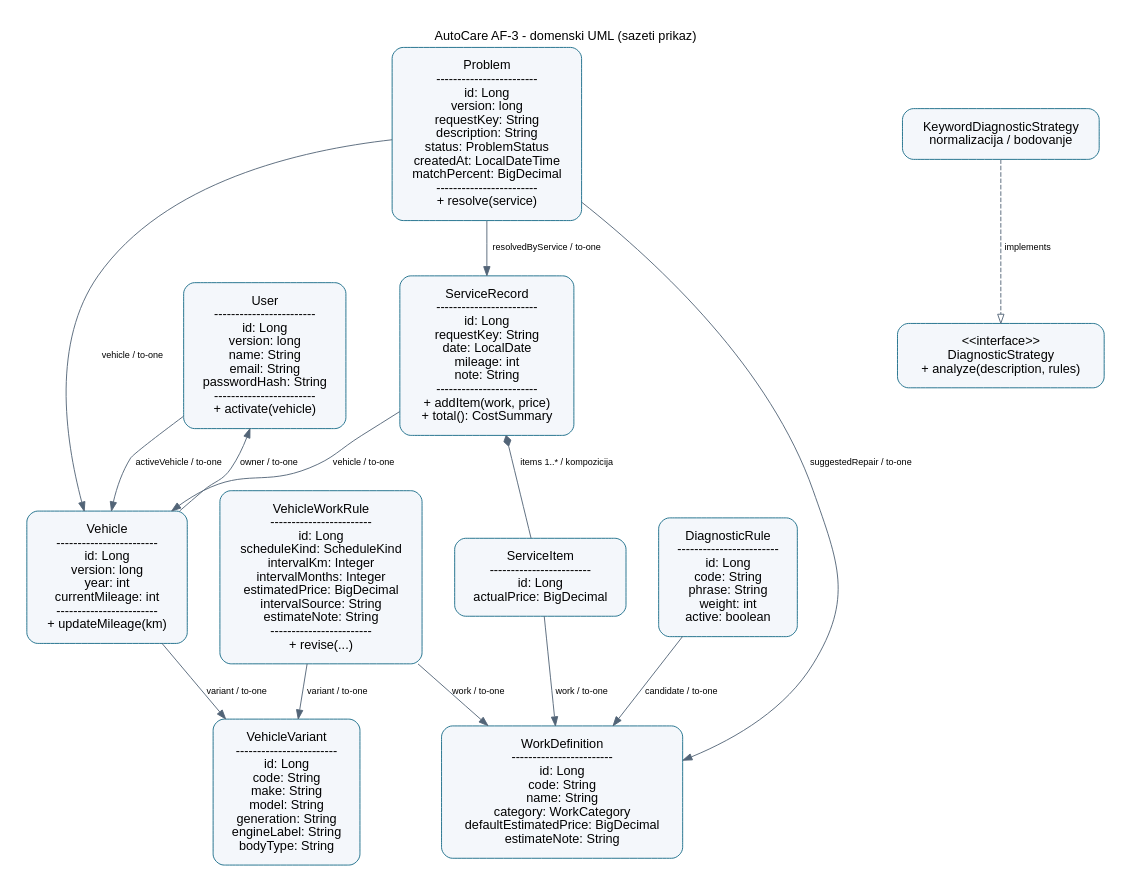
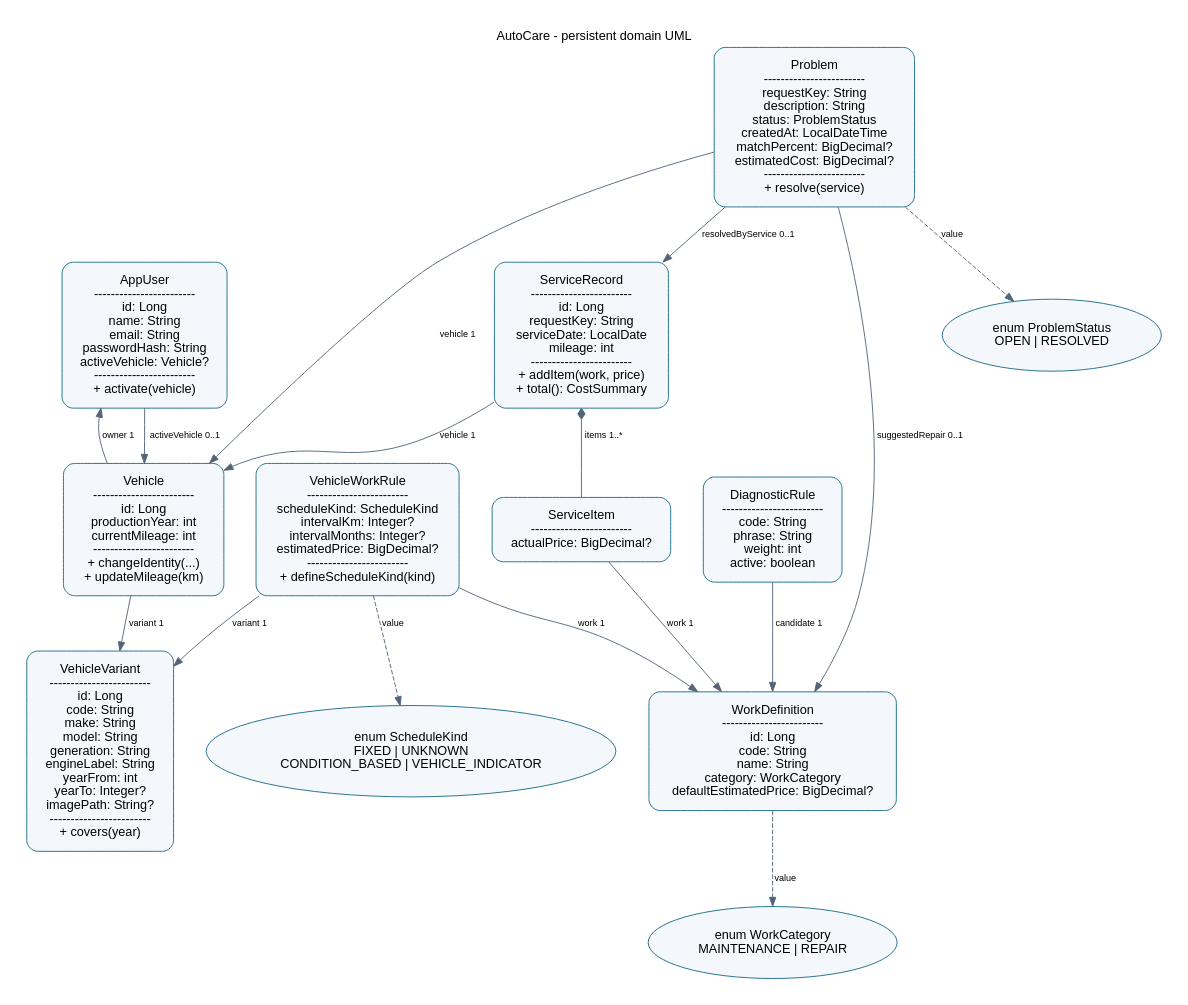
The diagram in docs/domain.dot (KarloLerga/AutoCare), drawn with Graphviz before and after one commit. The commit also changed 39 other files, not shown here.

```diff
--- a/docs/domain.dot
+++ b/docs/domain.dot
@@ -1,30 +1,50 @@
-digraph G { graph [rankdir=TB, bgcolor="white", pad="0.3", nodesep="0.5", ranksep="0.7", fontname="Helvetica"]; node [fontname="Helvetica", shape=box, style="rounded,filled", fillcolor="#F4F7FB", color="#176B87", margin="0.18"]; edge [fontname="Helvetica", fontsize=10, color="#526477"];
-label="AutoCare AF-3 - domenski UML (sazeti prikaz)"; labelloc=t;
-User [label="User\n------------------------\nid: Long\nversion: long\nname: String\nemail: String\npasswordHash: String\n------------------------\n+ activate(vehicle)"];
-User -> Vehicle [label="activeVehicle / to-one"];
-VehicleVariant [label="VehicleVariant\n------------------------\nid: Long\ncode: String\nmake: String\nmodel: String\ngeneration: String\nengineLabel: String\nbodyType: String"];
-Vehicle [label="Vehicle\n------------------------\nid: Long\nversion: long\nyear: int\ncurrentMileage: int\n------------------------\n+ updateMileage(km)"];
-Vehicle -> User [label="owner / to-one"];
-Vehicle -> VehicleVariant [label="variant / to-one"];
-WorkDefinition [label="WorkDefinition\n------------------------\nid: Long\ncode: String\nname: String\ncategory: WorkCategory\ndefaultEstimatedPrice: BigDecimal\nestimateNote: String"];
-VehicleWorkRule [label="VehicleWorkRule\n------------------------\nid: Long\nscheduleKind: ScheduleKind\nintervalKm: Integer\nintervalMonths: Integer\nestimatedPrice: BigDecimal\nintervalSource: String\nestimateNote: String\n------------------------\n+ revise(...)"];
-VehicleWorkRule -> VehicleVariant [label="variant / to-one"];
-VehicleWorkRule -> WorkDefinition [label="work / to-one"];
-ServiceRecord [label="ServiceRecord\n------------------------\nid: Long\nrequestKey: String\ndate: LocalDate\nmileage: int\nnote: String\n------------------------\n+ addItem(work, price)\n+ total(): CostSummary"];
-ServiceRecord -> Vehicle [label="vehicle / to-one"];
-ServiceItem [label="ServiceItem\n------------------------\nid: Long\nactualPrice: BigDecimal"];
-ServiceItem -> WorkDefinition [label="work / to-one"];
-Problem [label="Problem\n------------------------\nid: Long\nversion: long\nrequestKey: String\ndescription: String\nstatus: ProblemStatus\ncreatedAt: LocalDateTime\nmatchPercent: BigDecimal\n------------------------\n+ resolve(service)"];
-Problem -> Vehicle [label="vehicle / to-one"];
-Problem -> WorkDefinition [label="suggestedRepair / to-one"];
-Problem -> ServiceRecord [label="resolvedByService / to-one"];
-DiagnosticRule [label="DiagnosticRule\n------------------------\nid: Long\ncode: String\nphrase: String\nweight: int\nactive: boolean"];
-DiagnosticRule -> WorkDefinition [label="candidate / to-one"];
-ServiceRecord -> ServiceItem [dir=both,arrowtail=diamond,arrowhead=none,label="items 1..* / kompozicija"];
-DiagnosticStrategy [label="<<interface>>
-DiagnosticStrategy
-+ analyze(description, rules)"];
-KeywordDiagnosticStrategy [label="KeywordDiagnosticStrategy
-normalizacija / bodovanje"];
-KeywordDiagnosticStrategy -> DiagnosticStrategy [style=dashed,arrowhead=empty,label="implements"];
+digraph AutoCareDomain {
+    graph [
+        rankdir=TB,
+        bgcolor="white",
+        pad="0.3",
+        nodesep="0.5",
+        ranksep="0.7",
+        fontname="Helvetica",
+        label="AutoCare - persistent domain UML",
+        labelloc=t
+    ];
+    node [
+        fontname="Helvetica",
+        shape=box,
+        style="rounded,filled",
+        fillcolor="#F4F7FB",
+        color="#176B87",
+        margin="0.18"
+    ];
+    edge [fontname="Helvetica", fontsize=10, color="#526477"];
+
+    AppUser [label="AppUser\n------------------------\nid: Long\nname: String\nemail: String\npasswordHash: String\nactiveVehicle: Vehicle?\n------------------------\n+ activate(vehicle)"];
+    VehicleVariant [label="VehicleVariant\n------------------------\nid: Long\ncode: String\nmake: String\nmodel: String\ngeneration: String\nengineLabel: String\nyearFrom: int\nyearTo: Integer?\nimagePath: String?\n------------------------\n+ covers(year)"];
+    Vehicle [label="Vehicle\n------------------------\nid: Long\nproductionYear: int\ncurrentMileage: int\n------------------------\n+ changeIdentity(...)\n+ updateMileage(km)"];
+    WorkDefinition [label="WorkDefinition\n------------------------\nid: Long\ncode: String\nname: String\ncategory: WorkCategory\ndefaultEstimatedPrice: BigDecimal?"];
+    VehicleWorkRule [label="VehicleWorkRule\n------------------------\nscheduleKind: ScheduleKind\nintervalKm: Integer?\nintervalMonths: Integer?\nestimatedPrice: BigDecimal?\n------------------------\n+ defineScheduleKind(kind)"];
+    ServiceRecord [label="ServiceRecord\n------------------------\nid: Long\nrequestKey: String\nserviceDate: LocalDate\nmileage: int\n------------------------\n+ addItem(work, price)\n+ total(): CostSummary"];
+    ServiceItem [label="ServiceItem\n------------------------\nactualPrice: BigDecimal?"];
+    Problem [label="Problem\n------------------------\nrequestKey: String\ndescription: String\nstatus: ProblemStatus\ncreatedAt: LocalDateTime\nmatchPercent: BigDecimal?\nestimatedCost: BigDecimal?\n------------------------\n+ resolve(service)"];
+    DiagnosticRule [label="DiagnosticRule\n------------------------\ncode: String\nphrase: String\nweight: int\nactive: boolean"];
+    WorkCategory [shape=ellipse, label="enum WorkCategory\nMAINTENANCE | REPAIR"];
+    ProblemStatus [shape=ellipse, label="enum ProblemStatus\nOPEN | RESOLVED"];
+    ScheduleKind [shape=ellipse, label="enum ScheduleKind\nFIXED | UNKNOWN\nCONDITION_BASED | VEHICLE_INDICATOR"];
+
+    AppUser -> Vehicle [label="activeVehicle 0..1"];
+    Vehicle -> AppUser [label="owner 1"];
+    Vehicle -> VehicleVariant [label="variant 1"];
+    VehicleWorkRule -> VehicleVariant [label="variant 1"];
+    VehicleWorkRule -> WorkDefinition [label="work 1"];
+    ServiceRecord -> Vehicle [label="vehicle 1"];
+    ServiceRecord -> ServiceItem [dir=both, arrowtail=diamond, arrowhead=none, label="items 1..*"];
+    ServiceItem -> WorkDefinition [label="work 1"];
+    Problem -> Vehicle [label="vehicle 1"];
+    Problem -> WorkDefinition [label="suggestedRepair 0..1"];
+    Problem -> ServiceRecord [label="resolvedByService 0..1"];
+    DiagnosticRule -> WorkDefinition [label="candidate 1"];
+    WorkDefinition -> WorkCategory [style=dashed, label="value"];
+    Problem -> ProblemStatus [style=dashed, label="value"];
+    VehicleWorkRule -> ScheduleKind [style=dashed, label="value"];
 }
```
